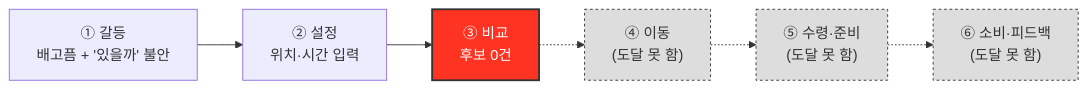
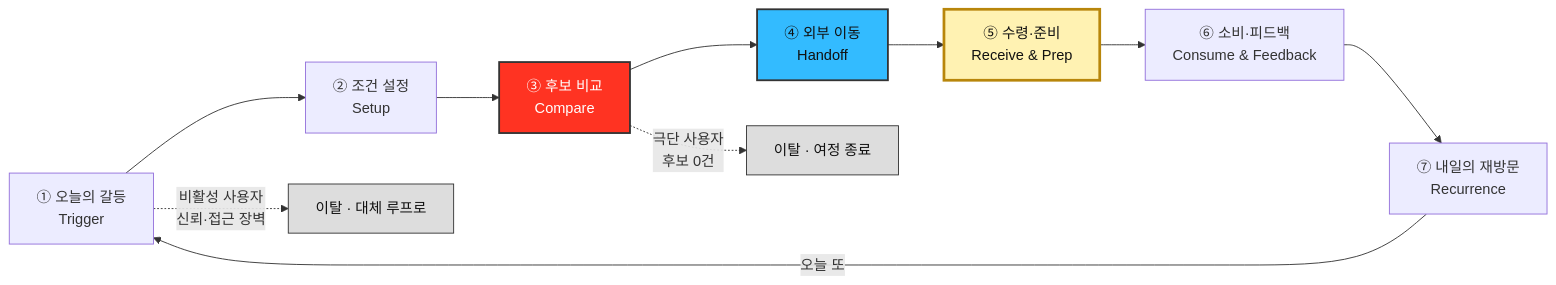
One commit to soobworks/business-research-practice changed the diagram in 05.persona-journey-map/1인가구한끼해결-페르소나여정/04-고객여정지도-수령준비단계.md. Above: the diagram before and after it, drawn with Mermaid. The commit also changed other lines of this file and 1 other file, not shown here.

````diff
--- a/05.persona-journey-map/1인가구한끼해결-페르소나여정/04-고객여정지도-수령준비단계.md
+++ b/05.persona-journey-map/1인가구한끼해결-페르소나여정/04-고객여정지도-수령준비단계.md
@@ -192,13 +41,20 @@
 ```mermaid
-flowchart LR
-    T["① 갈등<br>배고픔 + '있을까' 불안"] --> S["② 설정<br>위치·시간 입력"]
-    S --> C["③ 비교<br>후보 0건"]
-    C -.-> H["④ 이동<br>(도달 못 함)"]
-    H -.-> P["⑤ 수령·준비<br>(도달 못 함)"]
-    P -.-> F["⑥ 소비·피드백<br>(도달 못 함)"]
+graph LR
+    S1["① 오늘의 갈등<br>Trigger"] --> S2["② 조건 설정<br>Setup"]
+    S2 --> S3["③ 후보 비교<br>Compare"]
+    S3 --> S4["④ 외부 이동<br>Handoff"]
+    S4 --> S5["⑤ 수령·준비<br>Receive & Prep"]
+    S5 --> S6["⑥ 소비·피드백<br>Consume & Feedback"]
+    S6 --> S7["⑦ 내일의 재방문<br>Recurrence"]
+    S7 -->|"오늘 또"| S1
+    S3 -.->|"극단 사용자<br>후보 0건"| OUT1["이탈 · 여정 종료"]:::out
+    S1 -.->|"비활성 사용자<br>신뢰·접근 장벽"| OUT2["이탈 · 대체 루프로"]:::out
 
-    style C fill:#FF3322,stroke:#333,stroke-width:2px,color:#fff
-    style H fill:#DDDDDD,stroke:#333,stroke-width:1px,stroke-dasharray: 3 3
-    style P fill:#DDDDDD,stroke:#333,stroke-width:1px,stroke-dasharray: 3 3
-    style F fill:#DDDDDD,stroke:#333,stroke-width:1px,stroke-dasharray: 3 3
+    classDef gate fill:#FF3322,stroke:#333,stroke-width:2px,color:#fff;
+    classDef pay fill:#33BBFF,stroke:#333,stroke-width:2px,color:#111;
+    classDef val fill:#FFF2B2,stroke:#B8860B,stroke-width:3px,color:#111;
+    classDef out fill:#DDDDDD,stroke:#333,stroke-width:1px,color:#111;
+    class S3 gate;
+    class S4 pay;
+    class S5 val;
 ```
````
